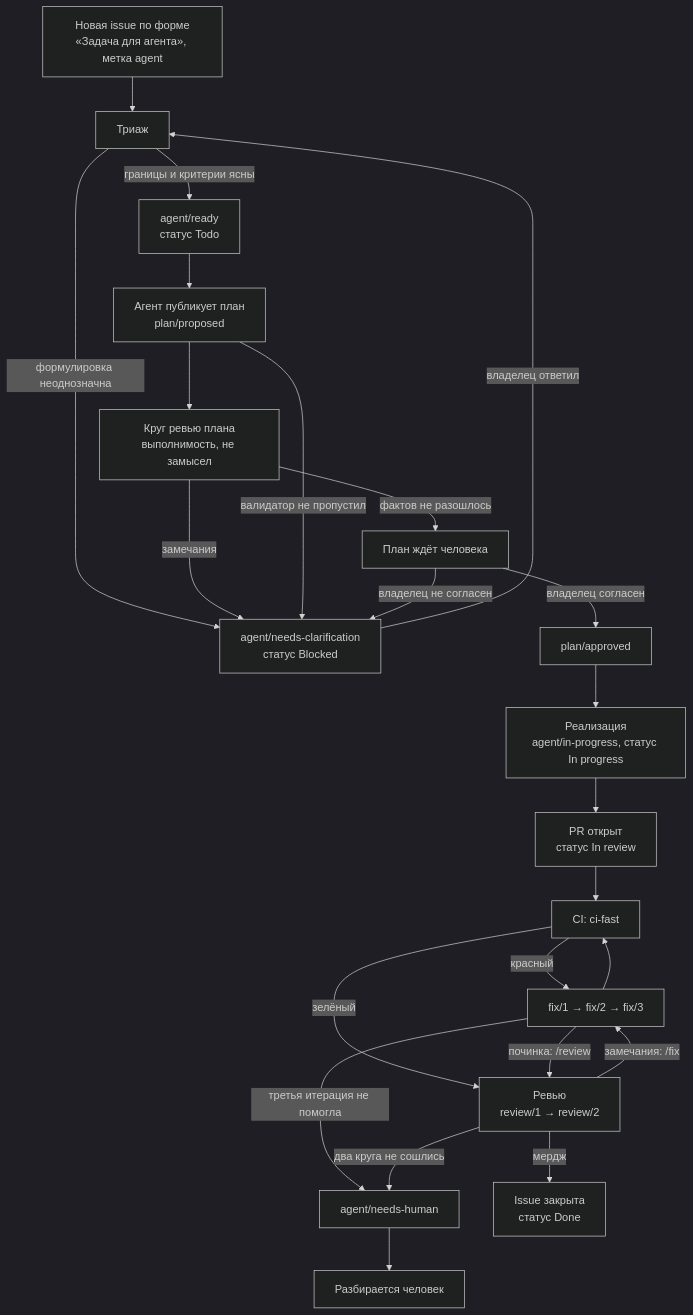
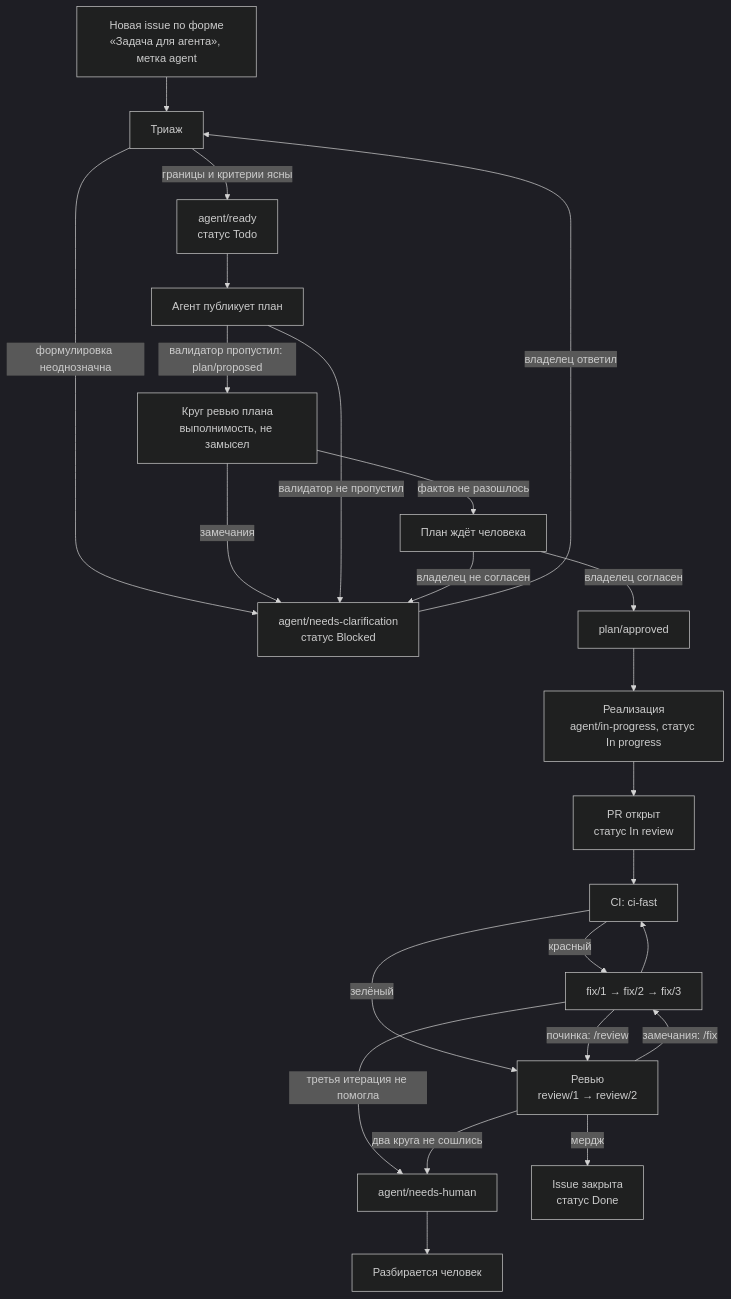
Before and after one commit to k-kuzmin/domovoy: the diagram in docs/pipeline.md, drawn with Mermaid (dark theme).

Commit message:
docs: на схеме цикла метка plan/proposed переехала на зелёное ребро
Узел «Агент публикует план» был подписан меткой, а из него же выходило ребро «валидатор не пропустил» — по схеме читалось, что метку поставили и сняли. В agent-plan.yml она не ставится вовсе: на красном пути ставится agent/needs-clarification и шаг выходит кодом 1. Метка перенесена на зелёное ребро из узла публикации, а не на ребро в planok: ставится она сразу после публикации комментария, до планового круга ревью.

````diff
--- a/docs/pipeline.md
+++ b/docs/pipeline.md
@@ -64,26 +64,26 @@
 ```mermaid
 flowchart TD
     issue["Новая issue по форме<br/>«Задача для агента», метка agent"] --> triage["Триаж"]
     triage -->|формулировка неоднозначна| clar["agent/needs-clarification<br/>статус Blocked"]
     clar -->|владелец ответил| triage
     triage -->|границы и критерии ясны| ready["agent/ready<br/>статус Todo"]
-    ready --> plan["Агент публикует план<br/>plan/proposed"]
-    plan --> planreview["Круг ревью плана<br/>выполнимость, не замысел"]
+    ready --> plan["Агент публикует план"]
+    plan -->|валидатор пропустил: plan/proposed| planreview["Круг ревью плана<br/>выполнимость, не замысел"]
     planreview -->|замечания| clar
     planreview -->|фактов не разошлось| planok["План ждёт человека"]
     plan -->|валидатор не пропустил| clar
     planok -->|владелец не согласен| clar
     planok -->|владелец согласен| approved["plan/approved"]
     approved --> impl["Реализация<br/>agent/in-progress, статус In progress"]
     impl --> pr["PR открыт<br/>статус In review"]
     pr --> ci["CI: ci-fast"]
     ci -->|красный| fix["fix/1 → fix/2 → fix/3"]
     fix --> ci
     fix -->|третья итерация не помогла| human["agent/needs-human"]
     ci -->|зелёный| review["Ревью<br/>review/1 → review/2"]
     review -->|замечания: /fix| fix
     fix -->|починка: /review| review
     review -->|два круга не сошлись| human
     review -->|мердж| done["Issue закрыта<br/>статус Done"]
     human --> owner["Разбирается человек"]
 ```
````
